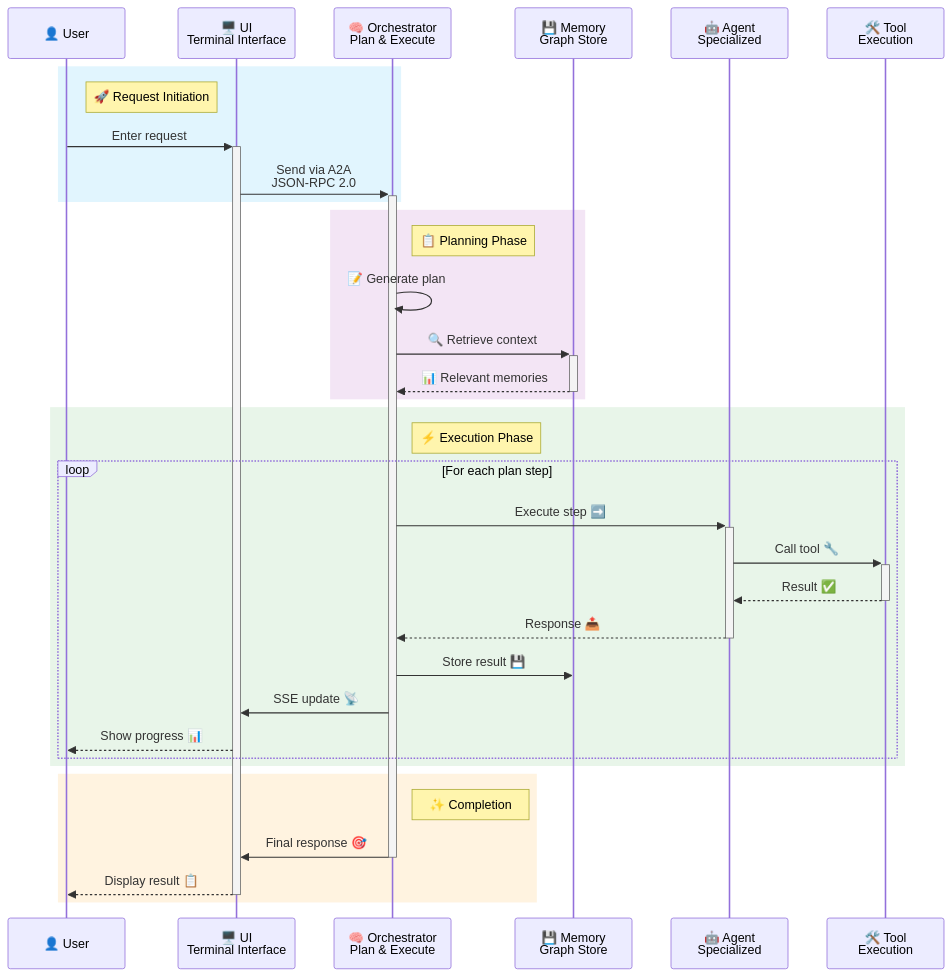
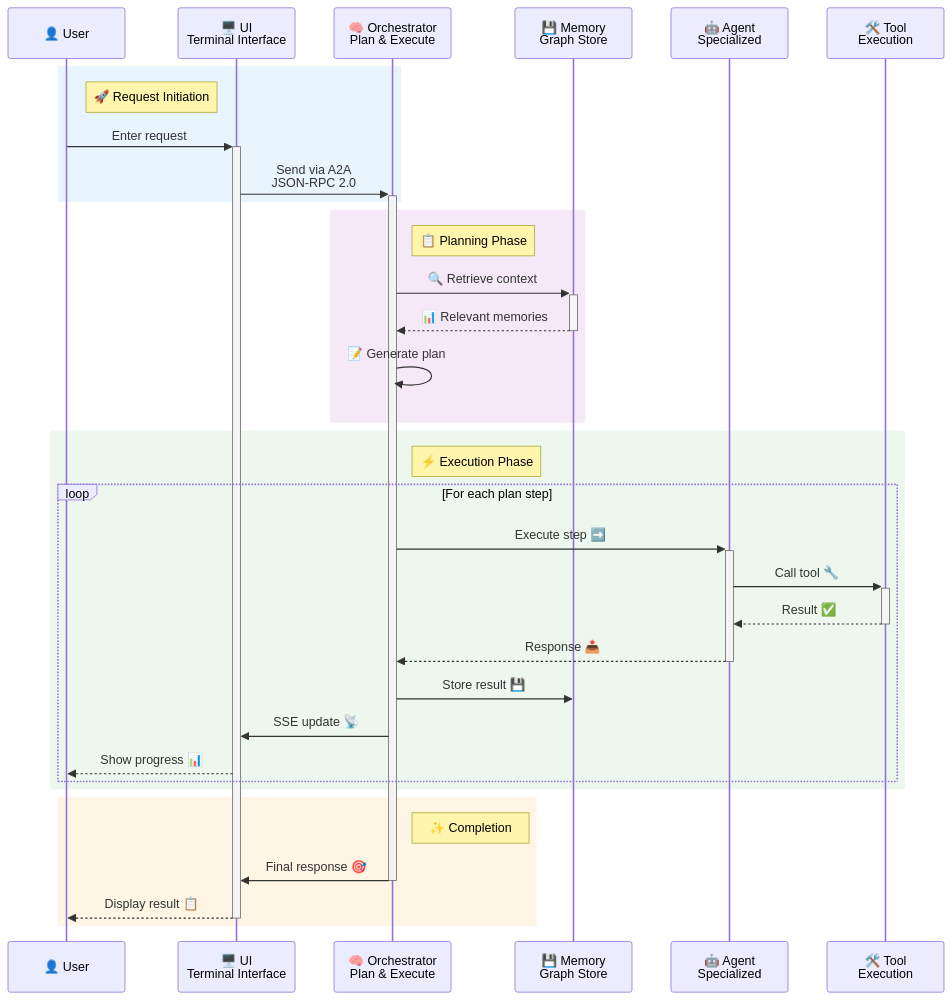
Before and after one commit to nickpeterson92/consultant-assistant: the second of 3 diagrams in docs/guides/comprehensive-onboarding-guide.md, drawn with Mermaid.

Commit message:
fix colors and operation order

````diff
--- a/docs/guides/comprehensive-onboarding-guide.md
+++ b/docs/guides/comprehensive-onboarding-guide.md
@@ -317,46 +317,46 @@
 ```mermaid
 sequenceDiagram
     %% Define participant styles
     participant User as 👤 User
     participant UI as 🖥️ UI<br/>Terminal Interface
     participant Orchestrator as 🧠 Orchestrator<br/>Plan & Execute
     participant Memory as 💾 Memory<br/>Graph Store
     participant Agent as 🤖 Agent<br/>Specialized
     participant Tool as 🛠️ Tool<br/>Execution
 
     %% User initiates request
-    rect rgb(225, 245, 254)
+    rect rgba(33, 150, 243, 0.1)
         note right of User: 🚀 Request Initiation
         User->>+UI: Enter request
         UI->>+Orchestrator: Send via A2A<br/>JSON-RPC 2.0
     end
 
     %% Planning phase
-    rect rgb(243, 229, 245)
+    rect rgba(156, 39, 176, 0.1)
         note right of Orchestrator: 📋 Planning Phase
-        Orchestrator->>Orchestrator: 📝 Generate plan
         Orchestrator->>+Memory: 🔍 Retrieve context
         Memory-->>-Orchestrator: 📊 Relevant memories
+        Orchestrator->>Orchestrator: 📝 Generate plan
     end
     
     %% Execution phase
-    rect rgb(232, 245, 233)
+    rect rgba(76, 175, 80, 0.1)
         note right of Orchestrator: ⚡ Execution Phase
         loop For each plan step
             Orchestrator->>+Agent: Execute step ➡️
             Agent->>+Tool: Call tool 🔧
             Tool-->>-Agent: Result ✅
             Agent-->>-Orchestrator: Response 📤
             Orchestrator->>Memory: Store result 💾
             Orchestrator->>UI: SSE update 📡
             UI-->>User: Show progress 📊
         end
     end
     
     %% Completion
-    rect rgb(255, 243, 224)
+    rect rgba(255, 152, 0, 0.1)
         note right of Orchestrator: ✨ Completion
         Orchestrator->>-UI: Final response 🎯
         UI-->>-User: Display result 📋
     end
 ```
````
